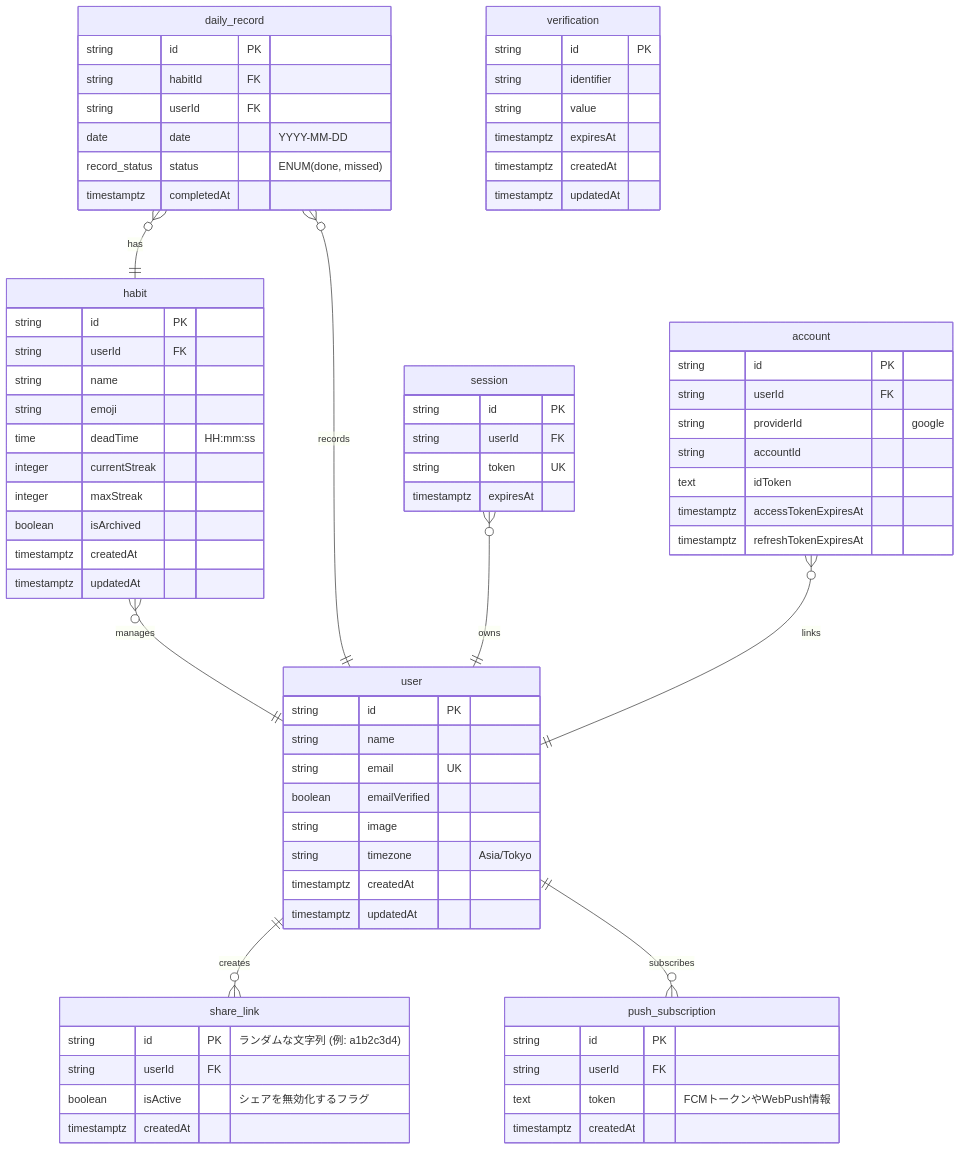
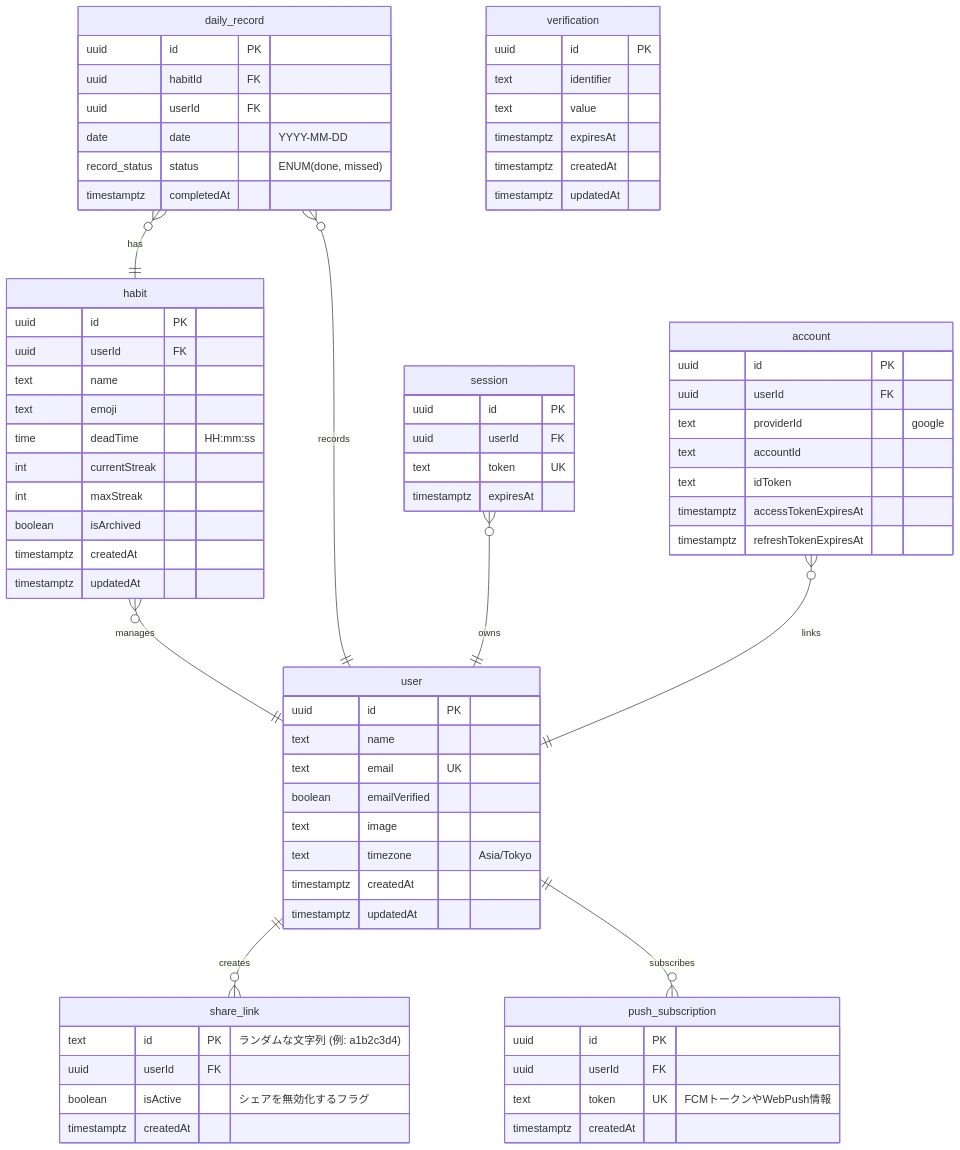
Before and after one commit to devegoma/dailygreen: the diagram in docs/db.md, drawn with Mermaid. The commit also changed other lines of this file, not shown here.

Commit message:
docs: ER図のカラム型をPostgreSQL物理型に統一し、push_subscription.tokenにUK追加
Made-with: Cursor

````diff
--- a/docs/db.md
+++ b/docs/db.md
@@ -18,75 +18,75 @@
     user ||--o{ push_subscription : "subscribes"
 
     daily_record {
-        string id PK
-        string habitId FK
-        string userId FK
+        uuid id PK
+        uuid habitId FK
+        uuid userId FK
         date date "YYYY-MM-DD"
         record_status status "ENUM(done, missed)"
         timestamptz completedAt
     }
 
     habit {
-        string id PK
-        string userId FK
-        string name
-        string emoji
+        uuid id PK
+        uuid userId FK
+        text name
+        text emoji
         time deadTime "HH:mm:ss"
-        integer currentStreak
-        integer maxStreak
+        int currentStreak
+        int maxStreak
         boolean isArchived
         timestamptz createdAt
         timestamptz updatedAt
     }
 
     user {
-        string id PK
-        string name
-        string email UK
+        uuid id PK
+        text name
+        text email UK
         boolean emailVerified
-        string image
-        string timezone "Asia/Tokyo"
+        text image
+        text timezone "Asia/Tokyo"
         timestamptz createdAt
         timestamptz updatedAt
     }
 
     session {
-        string id PK
-        string userId FK
-        string token UK
+        uuid id PK
+        uuid userId FK
+        text token UK
         timestamptz expiresAt
     }
 
     account {
-        string id PK
-        string userId FK
-        string providerId "google"
-        string accountId
+        uuid id PK
+        uuid userId FK
+        text providerId "google"
+        text accountId
         text idToken
         timestamptz accessTokenExpiresAt
         timestamptz refreshTokenExpiresAt
     }
 
     verification {
-        string id PK
-        string identifier
-        string value
+        uuid id PK
+        text identifier
+        text value
         timestamptz expiresAt
         timestamptz createdAt
         timestamptz updatedAt
     }
 
     share_link {
-        string id PK "ランダムな文字列 (例: a1b2c3d4)"
-        string userId FK
+        text id PK "ランダムな文字列 (例: a1b2c3d4)"
+        uuid userId FK
         boolean isActive "シェアを無効化するフラグ"
         timestamptz createdAt
     }
 
     push_subscription {
-        string id PK
-        string userId FK
-        text token "FCMトークンやWebPush情報"
+        uuid id PK
+        uuid userId FK
+        text token UK "FCMトークンやWebPush情報"
         timestamptz createdAt
     }
 ```
````
